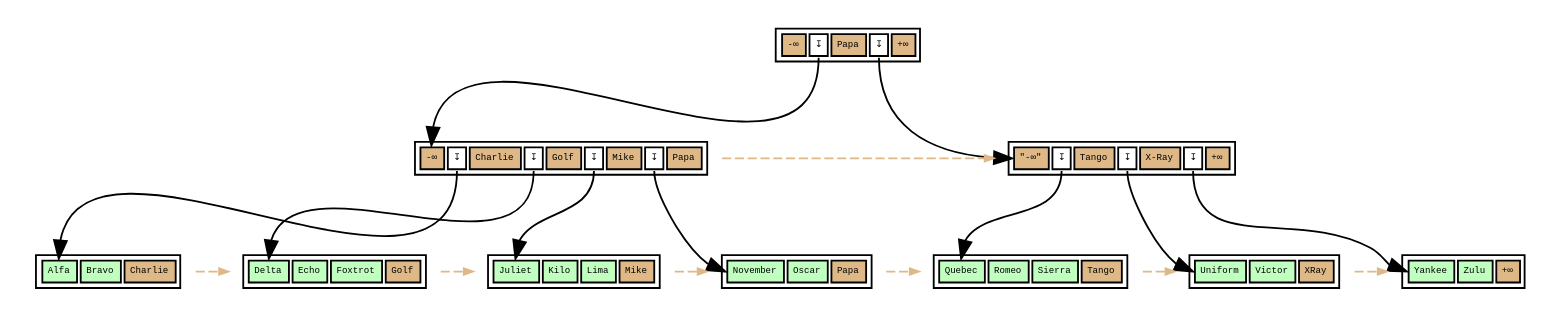
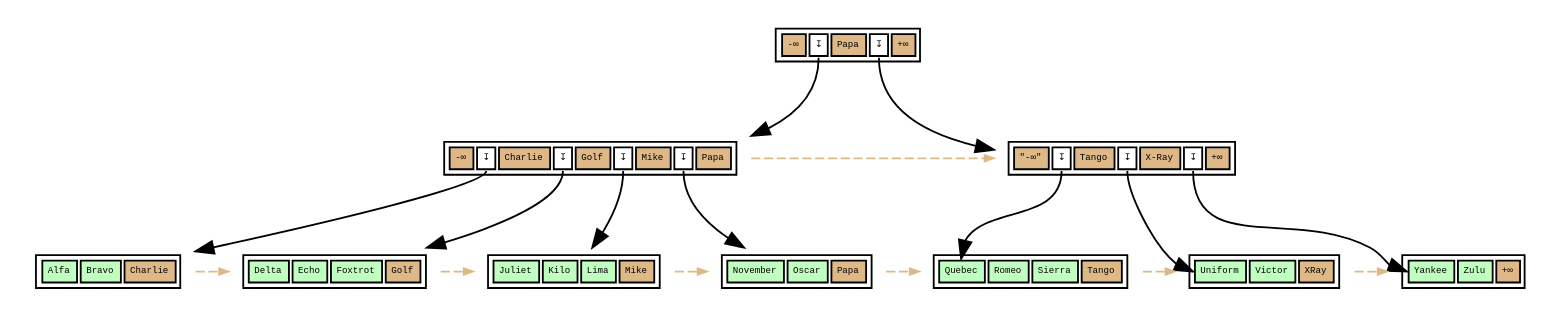
One commit to petergeoghegan/pg_query_internals changed the diagram in cute-btree.dot. Above: the diagram before and after it, drawn with Graphviz.

Commit message:
Downlinks to node, not tuple

```diff
--- a/cute-btree.dot
+++ b/cute-btree.dot
@@ -1,165 +1,165 @@
 // Example B-Tree graph
 //
 // Breadth-first order
 //
 // Start from root, go left to right
 //
 // Workflow:
 //
 // $ dot -T svg btree.dot -o btree.svg;
 
 digraph nbtree {
 graph [fontname = "monospace"];
 node [shape = none,height=.1,fontname = "monospace",fontsize=5];
 // Level 2 (Root internal level)
 rootnode[ label=<<table>
                     <tr>
                         <td bgcolor='burlywood' port="s0">-&infin;</td>
                         <td bgcolor='white' port="d0">&#8615;</td>
                         <td bgcolor='burlywood' port="s1">Papa</td>
                         <td bgcolor='white' port="d1">&#8615;</td>
                         <td bgcolor='burlywood' port="hk">+&infin;</td>
                     </tr>
                 </table>
                >
         ];
 // Downlink arrows to children:
-"rootnode":d0 -> "leftinternal":s0
-"rootnode":d1 -> "rightinternal":s0
+"rootnode":d0 -> "leftinternal"
+"rootnode":d1 -> "rightinternal"
 // sibling pointer:
 // (None)
 
 
 // Level 1 (Internal level)
 // Downlinks + highkey:
 leftinternal[ label=<<table>
                     <tr>
                         <td bgcolor='burlywood' port="s0">-&infin;</td>
                         <td bgcolor='white' port="d0">&#8615;</td>
                         <td bgcolor='burlywood' port="s1">Charlie</td>
                         <td bgcolor='white' port="d1">&#8615;</td>
                         <td bgcolor='burlywood' port="s2">Golf</td>
                         <td bgcolor='white' port="d2">&#8615;</td>
                         <td bgcolor='burlywood' port="s3">Mike</td>
                         <td bgcolor='white' port="d3">&#8615;</td>
                         <td bgcolor='burlywood' port="hk">Papa</td>
                     </tr>
                 </table>
                >
         ];
 // Downlink arrows to children:
-"leftinternal":d0 -> "leafnode_1":t0
-"leftinternal":d1 -> "leafnode_2":t0
-"leftinternal":d2 -> "leafnode_3":t0
-"leftinternal":d3 -> "leafnode_4":t0
+"leftinternal":d0 -> "leafnode_1"
+"leftinternal":d1 -> "leafnode_2"
+"leftinternal":d2 -> "leafnode_3"
+"leftinternal":d3 -> "leafnode_4"
 // sibling pointer:
 "leftinternal" -> "rightinternal"[constraint=false,color=burlywood,style=dashed,arrowsize=0.5]
 // Downlinks + highkey:
 rightinternal[ label=<<table>
                     <tr>
                         <td bgcolor='burlywood' port="s0">&quot;-&infin;&quot;</td>
                         <td bgcolor='white' port="d0">&#8615;</td>
                         <td bgcolor='burlywood' port="s1">Tango</td>
                         <td bgcolor='white' port="d1">&#8615;</td>
                         <td bgcolor='burlywood' port="s2">X-Ray</td>
                         <td bgcolor='white' port="d2">&#8615;</td>
                         <td bgcolor='burlywood' port="hk">+&infin;</td>
                     </tr>
                 </table>
                >
         ];
 // Downlink arrows to children:
 "rightinternal":d0 -> "leafnode_5":t0
 "rightinternal":d1 -> "leafnode_6":t0
 "rightinternal":d2 -> "leafnode_7":t0
 // sibling pointer:
 // (None)
 
 
 // Level 0 (leaf level)
 leafnode_1[ label=<<table>
                     <tr>
                         <td bgcolor='darkseagreen1' port="t0">Alfa</td>
                         <td bgcolor='darkseagreen1' port="t1">Bravo</td>
                         <td bgcolor='burlywood' port="hk">Charlie</td>
                     </tr>
                 </table>
                >
         ];
 // sibling pointer:
 "leafnode_1" -> "leafnode_2"[constraint=false,color=burlywood,style=dashed,arrowsize=0.5]
 leafnode_2[ label=<<table>
                     <tr>
                         <td bgcolor='darkseagreen1' port="t0">Delta</td>
                         <td bgcolor='darkseagreen1' port="t1">Echo</td>
                         <td bgcolor='darkseagreen1' port="t2">Foxtrot</td>
                         <td bgcolor='burlywood' port="hk">Golf</td>
                     </tr>
                 </table>
                >
         ];
 // sibling pointer:
 "leafnode_2" -> "leafnode_3"[constraint=false,color=burlywood,style=dashed,arrowsize=0.5]
 leafnode_3[ label=<<table>
                     <tr>
                         <td bgcolor='darkseagreen1' port="t0">Juliet</td>
                         <td bgcolor='darkseagreen1' port="t1">Kilo</td>
                         <td bgcolor='darkseagreen1' port="t2">Lima</td>
                         <td bgcolor='burlywood' port="hk">Mike</td>
                     </tr>
                 </table>
                >
         ];
 // sibling pointer:
 "leafnode_3" -> "leafnode_4"[constraint=false,color=burlywood,style=dashed,arrowsize=0.5]
 leafnode_4[ label=<<table>
                     <tr>
                         <td bgcolor='darkseagreen1' port="t0">November</td>
                         <td bgcolor='darkseagreen1' port="t1">Oscar</td>
                         <td bgcolor='burlywood' port="hk">Papa</td>
                     </tr>
                 </table>
                >
         ];
 // sibling pointer:
 "leafnode_4" -> "leafnode_5"[constraint=false,color=burlywood,style=dashed,arrowsize=0.5]
 leafnode_5[ label=<<table>
                     <tr>
                         <td bgcolor='darkseagreen1' port="t0">Quebec</td>
                         <td bgcolor='darkseagreen1' port="t1">Romeo</td>
                         <td bgcolor='darkseagreen1' port="t2">Sierra</td>
                         <td bgcolor='burlywood' port="hk">Tango</td>
                     </tr>
                 </table>
                >
         ];
 // sibling pointer:
 "leafnode_5" -> "leafnode_6"[constraint=false,color=burlywood,style=dashed,arrowsize=0.5]
 leafnode_6[ label=<<table>
                     <tr>
                         <td bgcolor='darkseagreen1' port="t0">Uniform</td>
                         <td bgcolor='darkseagreen1' port="t1">Victor</td>
                         <td bgcolor='burlywood' port="hk">XRay</td>
                     </tr>
                 </table>
                >
         ];
 // sibling pointer:
 "leafnode_6" -> "leafnode_7"[constraint=false,color=burlywood,style=dashed,arrowsize=0.5]
 leafnode_7[ label=<<table>
                     <tr>
                         <td bgcolor='darkseagreen1' port="t0">Yankee</td>
                         <td bgcolor='darkseagreen1' port="t1">Zulu</td>
                         <td bgcolor='burlywood' port="hk">+&infin;</td>
                     </tr>
                 </table>
                >
         ];
 // sibling pointer:
 // (None)
 
 // Force alignment from root to internal to leaf levels:
 edge[style=invis];
 "rootnode":s1 -> "leafnode_4":hk
 "leftinternal":hk -> "leafnode_4":hk
 }
```
